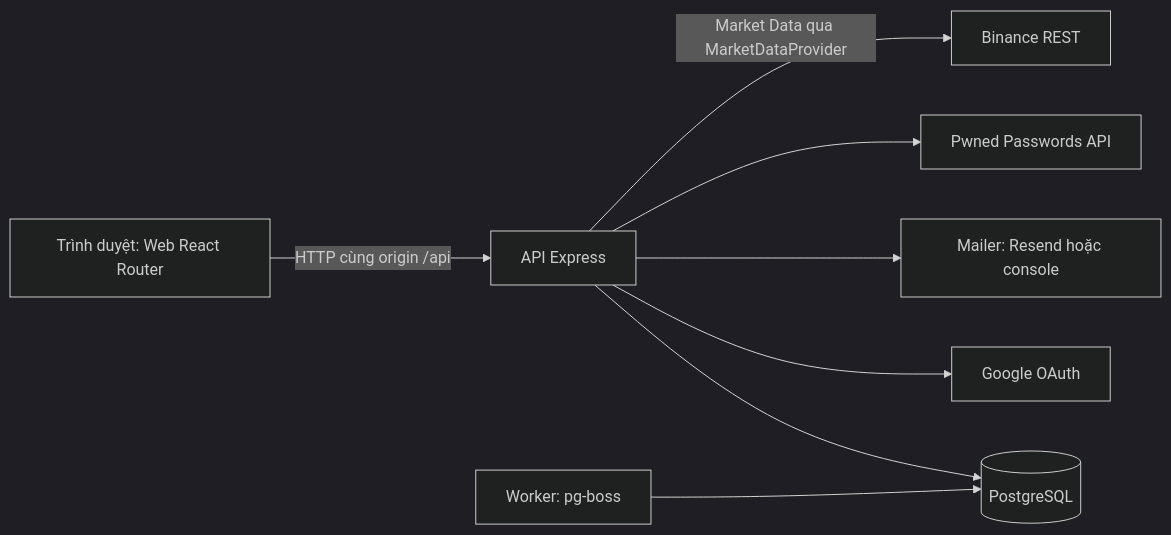
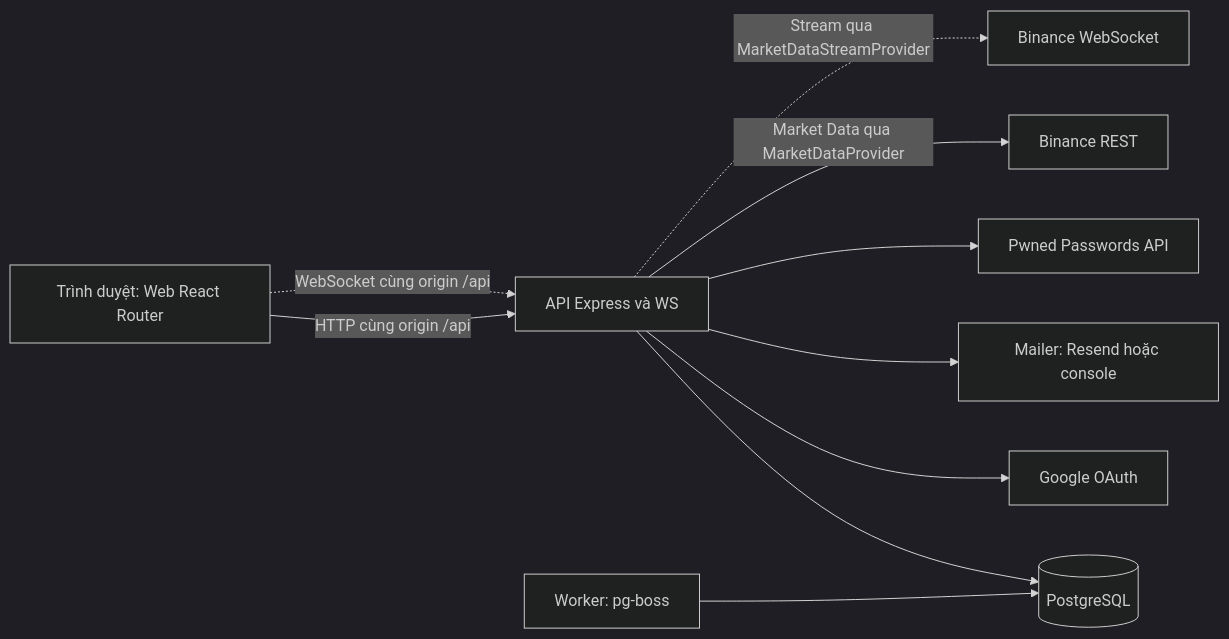
The second of 2 diagrams in docs/architecture/00-system.md (BuhDuy256/crypto-force), drawn with Mermaid (dark theme) before and after one commit. The commit also changed other lines of this file and 13 other files, not shown here.

First line of the commit message:
docs: design WebSocket realtime market data and review REST design

````diff
--- a/docs/architecture/00-system.md
+++ b/docs/architecture/00-system.md
@@ -29,10 +30,12 @@
 ```mermaid
 flowchart LR
-    B[Trình duyệt: Web React Router] -- HTTP cùng origin /api --> A[API Express]
+    B[Trình duyệt: Web React Router] -- HTTP cùng origin /api --> A[API Express và WS]
+    B -. WebSocket cùng origin /api .-> A
     A --> D[(PostgreSQL)]
     A --> G[Google OAuth]
     A --> R[Mailer: Resend hoặc console]
     A --> P[Pwned Passwords API]
     W[Worker: pg-boss] --> D
     A -- Market Data qua MarketDataProvider --> BI[Binance REST]
+    A -. Stream qua MarketDataStreamProvider .-> BIW[Binance WebSocket]
 ```
````
